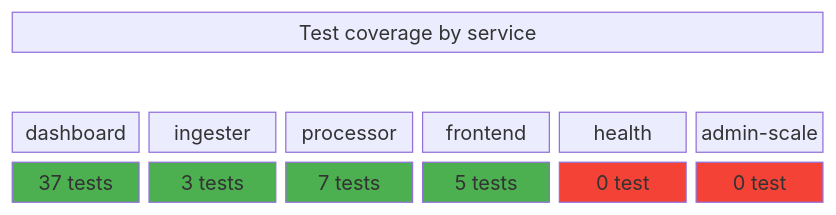
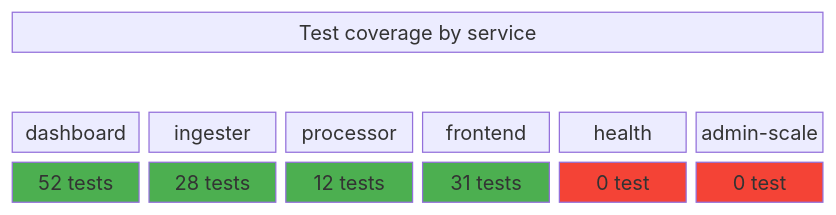
One commit to ClementV78/CloudRadar changed the sixth of 7 diagrams in docs/testing-overview-en.md. Above: the diagram before and after it, drawn with Mermaid. The commit also changed other lines of this file and 2 other files, not shown here.

````diff
--- a/docs/testing-overview-en.md
+++ b/docs/testing-overview-en.md
@@ -252,15 +252,15 @@
 ```mermaid
 block-beta
   columns 6
   header["Test coverage by service"]:6
   space:6
   A["dashboard"] B["ingester"] C["processor"] D["frontend"] E["health"] F["admin-scale"]
-  A1["37 tests"] B1["3 tests"] C1["7 tests"] D1["5 tests"] E1["0 test"] F1["0 test"]
+  A1["52 tests"] B1["28 tests"] C1["12 tests"] D1["31 tests"] E1["0 test"] F1["0 test"]
 
   style A1 fill:#4caf50,color:#fff
   style B1 fill:#4caf50,color:#fff
   style C1 fill:#4caf50,color:#fff
   style D1 fill:#4caf50,color:#fff
   style E1 fill:#f44336,color:#fff
   style F1 fill:#f44336,color:#fff
 ```
````
